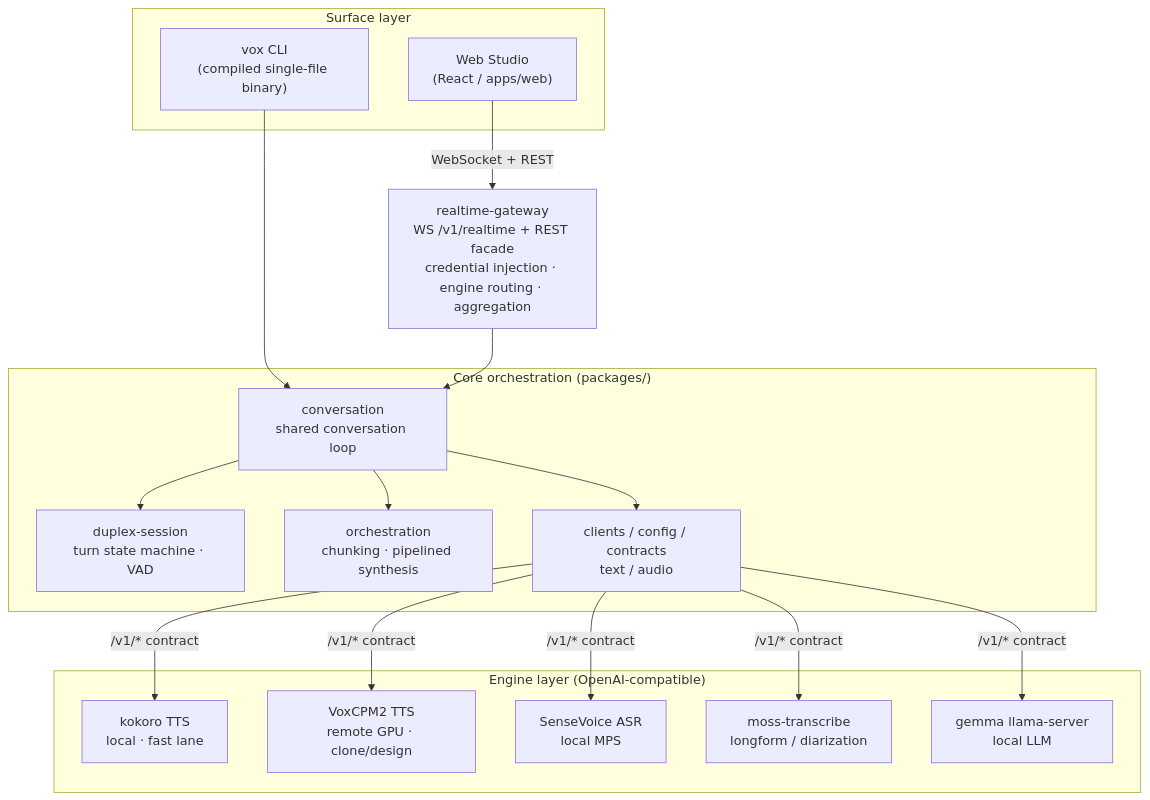
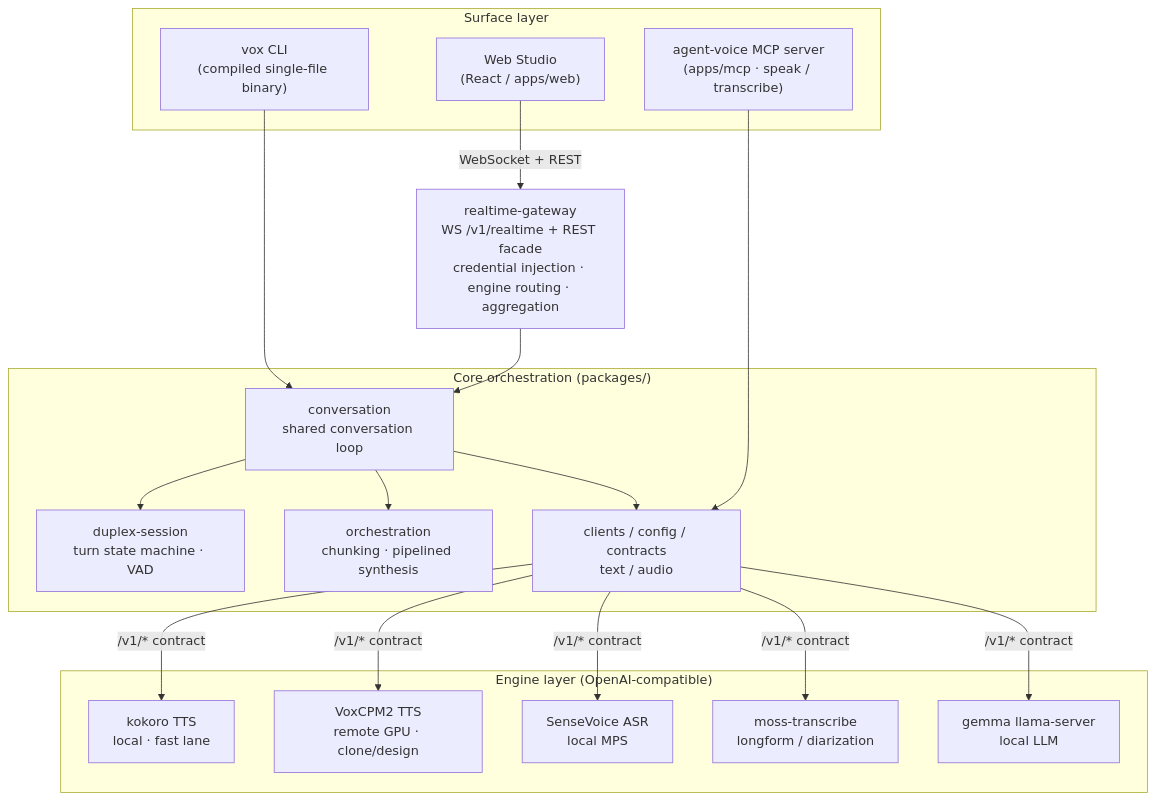
Before and after one commit to liuzl/voxstudio: the first of 2 diagrams in docs/technical-report.md, drawn with Mermaid. The commit also changed other lines of this file and 1 other file, not shown here.

````diff
--- a/docs/technical-report.md
+++ b/docs/technical-report.md
@@ -40,28 +41,30 @@
 ```mermaid
 flowchart TB
   subgraph surfaces["Surface layer"]
     CLI["vox CLI<br/>(compiled single-file binary)"]
     WEB["Web Studio<br/>(React / apps/web)"]
+    MCP["agent-voice MCP server<br/>(apps/mcp · speak / transcribe)"]
   end
   GW["realtime-gateway<br/>WS /v1/realtime + REST facade<br/>credential injection · engine routing · aggregation"]
   subgraph core["Core orchestration (packages/)"]
     CONV["conversation<br/>shared conversation loop"]
     DUP["duplex-session<br/>turn state machine · VAD"]
     ORCH["orchestration<br/>chunking · pipelined synthesis"]
     CLIENTS["clients / config / contracts<br/>text / audio"]
   end
   subgraph engines["Engine layer (OpenAI-compatible)"]
     K["kokoro TTS<br/>local · fast lane"]
     V["VoxCPM2 TTS<br/>remote GPU · clone/design"]
     S["SenseVoice ASR<br/>local MPS"]
     M["moss-transcribe<br/>longform / diarization"]
     G["gemma llama-server<br/>local LLM"]
   end
   CLI --> CONV
+  MCP --> CLIENTS
   WEB -->|"WebSocket + REST"| GW
   GW --> CONV
   CONV --> DUP
   CONV --> ORCH
   CONV --> CLIENTS
   CLIENTS -->|"/v1/* contract"| K & V & S & M & G
 ```
````
